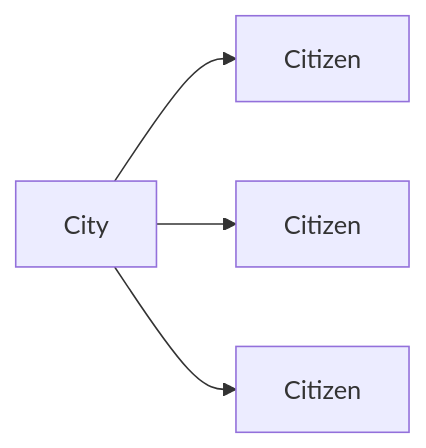
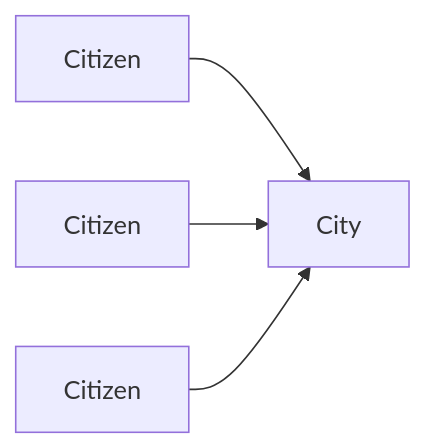
One commit to COAStatistics/tutorial changed the diagram in tutorial5/README.md. Above: the diagram before and after it, drawn with Mermaid. The commit also changed other lines of this file, not shown here.

````diff
--- a/tutorial5/README.md
+++ b/tutorial5/README.md
@@ -171,6 +172,6 @@
 ```mermaid
 graph LR
-A[City] --> B[Citizen]
-A[City] --> C[Citizen]
-A[City] --> D[Citizen]
+B[Citizen] --> A[City]
+C[Citizen] --> A[City]
+D[Citizen] --> A[City]
 ```  
````
